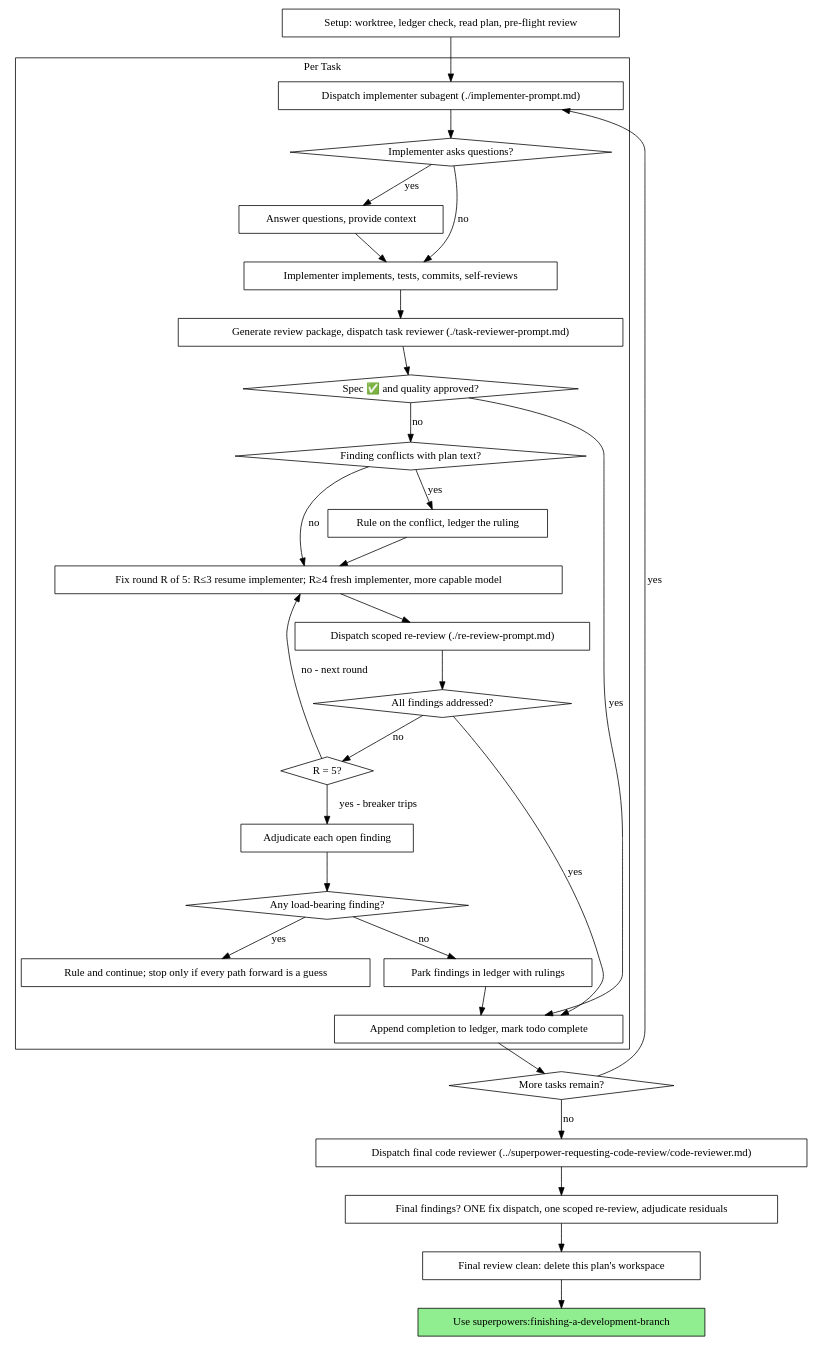
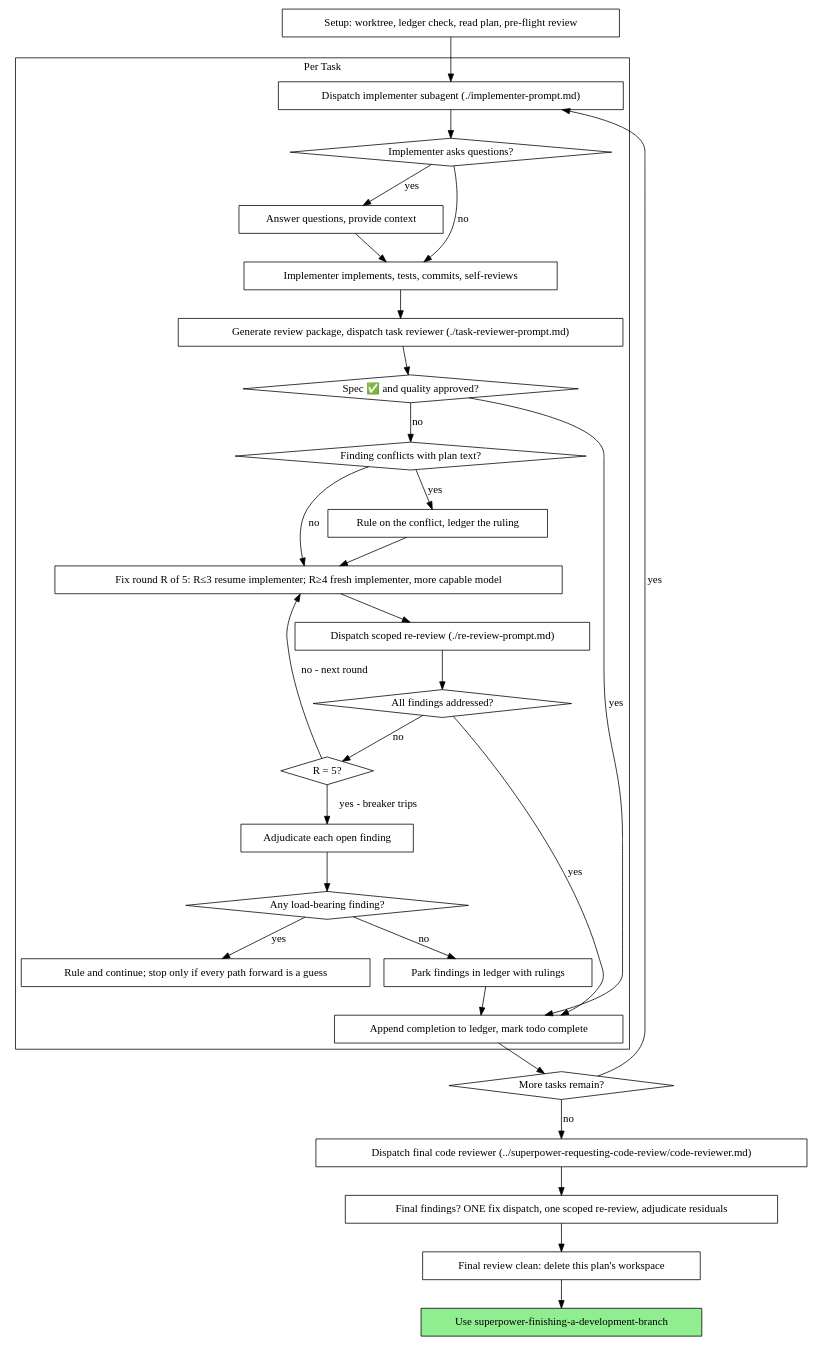
The second of 2 diagrams in skills/superpower-subagent-driven-development/SKILL.md (JasonFreeLab/dsh-superpowers), drawn with Graphviz before and after one commit. The commit also changed other lines of this file, not shown here.

Commit message:
fix: 清理 subagent-driven-development 残留的旧命名（superpowers: 前缀与裸技能名 → superpower- 前缀）

````diff
--- a/skills/superpower-subagent-driven-development/SKILL.md
+++ b/skills/superpower-subagent-driven-development/SKILL.md
@@ -51,62 +51,62 @@
 ```dot
 digraph process {
     rankdir=TB;
 
     subgraph cluster_per_task {
         label="Per Task";
         "Dispatch implementer subagent (./implementer-prompt.md)" [shape=box];
         "Implementer asks questions?" [shape=diamond];
         "Answer questions, provide context" [shape=box];
         "Implementer implements, tests, commits, self-reviews" [shape=box];
         "Generate review package, dispatch task reviewer (./task-reviewer-prompt.md)" [shape=box];
         "Spec ✅ and quality approved?" [shape=diamond];
         "Finding conflicts with plan text?" [shape=diamond];
         "Rule on the conflict, ledger the ruling" [shape=box];
         "Fix round R of 5: R≤3 resume implementer; R≥4 fresh implementer, more capable model" [shape=box];
         "Dispatch scoped re-review (./re-review-prompt.md)" [shape=box];
         "All findings addressed?" [shape=diamond];
         "R = 5?" [shape=diamond];
         "Adjudicate each open finding" [shape=box];
         "Any load-bearing finding?" [shape=diamond];
         "Rule and continue; stop only if every path forward is a guess" [shape=box];
         "Park findings in ledger with rulings" [shape=box];
         "Append completion to ledger, mark todo complete" [shape=box];
     }
 
     "Setup: worktree, ledger check, read plan, pre-flight review" [shape=box];
     "More tasks remain?" [shape=diamond];
     "Dispatch final code reviewer (../superpower-requesting-code-review/code-reviewer.md)" [shape=box];
     "Final findings? ONE fix dispatch, one scoped re-review, adjudicate residuals" [shape=box];
     "Final review clean: delete this plan's workspace" [shape=box];
-    "Use superpowers:finishing-a-development-branch" [shape=box style=filled fillcolor=lightgreen];
+    "Use superpower-finishing-a-development-branch" [shape=box style=filled fillcolor=lightgreen];
 
     "Setup: worktree, ledger check, read plan, pre-flight review" -> "Dispatch implementer subagent (./implementer-prompt.md)";
     "Dispatch implementer subagent (./implementer-prompt.md)" -> "Implementer asks questions?";
     "Implementer asks questions?" -> "Answer questions, provide context" [label="yes"];
     "Answer questions, provide context" -> "Implementer implements, tests, commits, self-reviews";
     "Implementer asks questions?" -> "Implementer implements, tests, commits, self-reviews" [label="no"];
     "Implementer implements, tests, commits, self-reviews" -> "Generate review package, dispatch task reviewer (./task-reviewer-prompt.md)";
     "Generate review package, dispatch task reviewer (./task-reviewer-prompt.md)" -> "Spec ✅ and quality approved?";
     "Spec ✅ and quality approved?" -> "Append completion to ledger, mark todo complete" [label="yes"];
     "Spec ✅ and quality approved?" -> "Finding conflicts with plan text?" [label="no"];
     "Finding conflicts with plan text?" -> "Rule on the conflict, ledger the ruling" [label="yes"];
     "Rule on the conflict, ledger the ruling" -> "Fix round R of 5: R≤3 resume implementer; R≥4 fresh implementer, more capable model";
     "Finding conflicts with plan text?" -> "Fix round R of 5: R≤3 resume implementer; R≥4 fresh implementer, more capable model" [label="no"];
     "Fix round R of 5: R≤3 resume implementer; R≥4 fresh implementer, more capable model" -> "Dispatch scoped re-review (./re-review-prompt.md)";
     "Dispatch scoped re-review (./re-review-prompt.md)" -> "All findings addressed?";
     "All findings addressed?" -> "Append completion to ledger, mark todo complete" [label="yes"];
     "All findings addressed?" -> "R = 5?" [label="no"];
     "R = 5?" -> "Fix round R of 5: R≤3 resume implementer; R≥4 fresh implementer, more capable model" [label="no - next round"];
     "R = 5?" -> "Adjudicate each open finding" [label="yes - breaker trips"];
     "Adjudicate each open finding" -> "Any load-bearing finding?";
     "Any load-bearing finding?" -> "Rule and continue; stop only if every path forward is a guess" [label="yes"];
     "Any load-bearing finding?" -> "Park findings in ledger with rulings" [label="no"];
     "Park findings in ledger with rulings" -> "Append completion to ledger, mark todo complete";
     "Append completion to ledger, mark todo complete" -> "More tasks remain?";
     "More tasks remain?" -> "Dispatch implementer subagent (./implementer-prompt.md)" [label="yes"];
     "More tasks remain?" -> "Dispatch final code reviewer (../superpower-requesting-code-review/code-reviewer.md)" [label="no"];
     "Dispatch final code reviewer (../superpower-requesting-code-review/code-reviewer.md)" -> "Final findings? ONE fix dispatch, one scoped re-review, adjudicate residuals";
     "Final findings? ONE fix dispatch, one scoped re-review, adjudicate residuals" -> "Final review clean: delete this plan's workspace";
-    "Final review clean: delete this plan's workspace" -> "Use superpowers:finishing-a-development-branch";
+    "Final review clean: delete this plan's workspace" -> "Use superpower-finishing-a-development-branch";
 }
 ```
````
